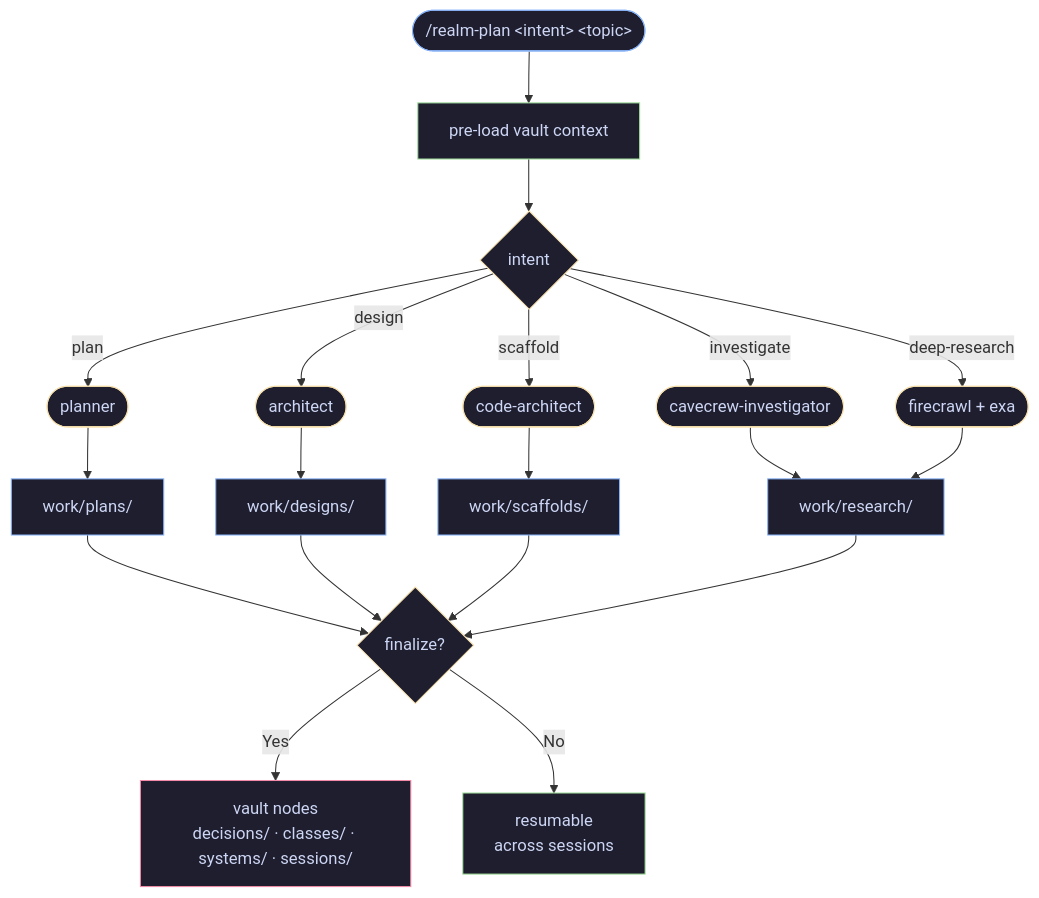
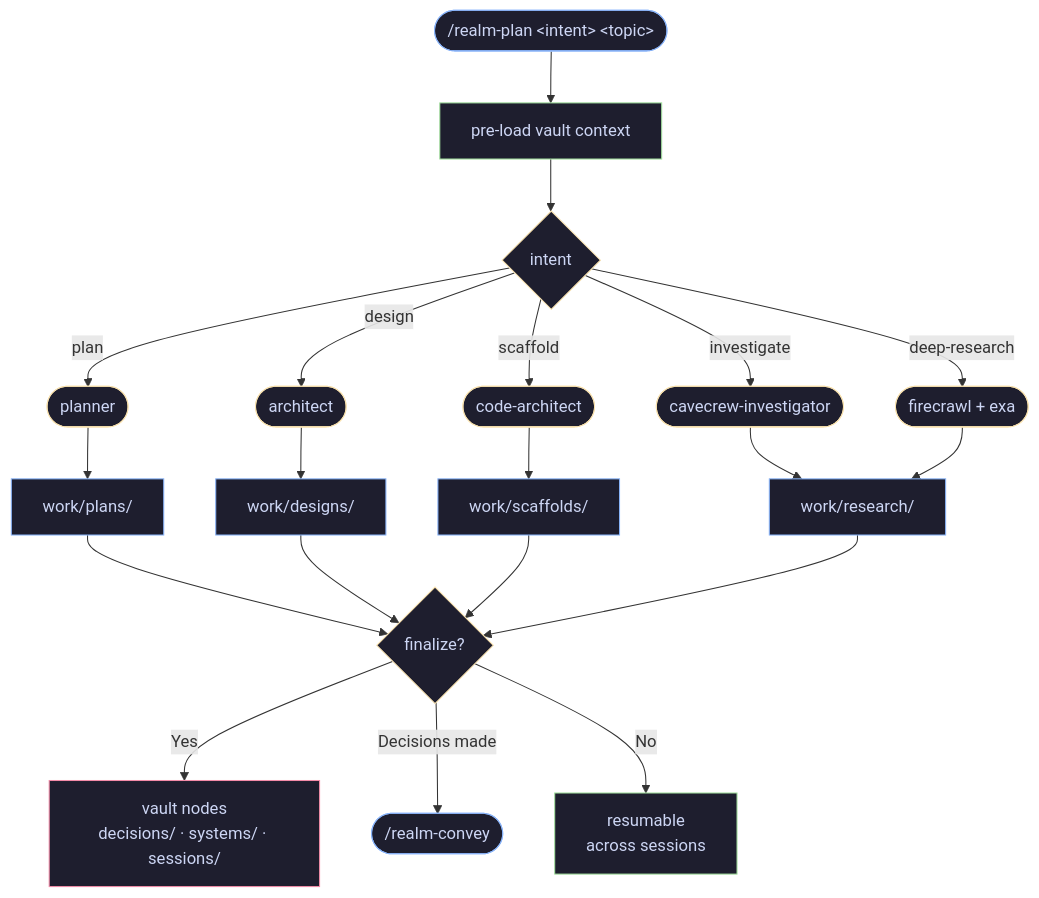
One commit to blackmo18/realm changed the third of 9 diagrams in VISUALS.md. Above: the diagram before and after it, drawn with Mermaid. The commit also changed other lines of this file and 19 other files, not shown here.

````diff
--- a/VISUALS.md
+++ b/VISUALS.md
@@ -86,29 +76,30 @@
 ```mermaid
 flowchart TD
     PL(["/realm-plan &lt;intent&gt; &lt;topic&gt;"]):::cmd --> VC["pre-load vault context"]:::file
     VC --> IR{intent}:::choice
 
     IR -->|plan| AG1(["planner"]):::agent
     IR -->|design| AG2(["architect"]):::agent
     IR -->|scaffold| AG3(["code-architect"]):::agent
     IR -->|investigate| AG4(["cavecrew-investigator"]):::agent
     IR -->|deep-research| AG5(["firecrawl + exa"]):::agent
 
     AG1 --> WP["work/plans/"]:::dir
     AG2 --> WD["work/designs/"]:::dir
     AG3 --> WS["work/scaffolds/"]:::dir
     AG4 --> WR["work/research/"]:::dir
     AG5 --> WR
 
     WP & WD & WS & WR --> FIN{finalize?}:::choice
-    FIN -->|Yes| VN["vault nodes\ndecisions/ · classes/ · systems/ · sessions/"]:::vault
+    FIN -->|Yes| VN["vault nodes\ndecisions/ · systems/ · sessions/"]:::vault
+    FIN -->|Decisions made| CV(["/realm-convey"]):::cmd
     FIN -->|No| RS["resumable\nacross sessions"]:::ok
 
     classDef cmd    fill:#1e1e2e,stroke:#89b4fa,color:#cdd6f4
     classDef file   fill:#1e1e2e,stroke:#a6e3a1,color:#cdd6f4
     classDef dir    fill:#1e1e2e,stroke:#89b4fa,color:#cdd6f4
     classDef choice fill:#1e1e2e,stroke:#f9e2af,color:#cdd6f4
     classDef agent  fill:#1e1e2e,stroke:#f9e2af,color:#cdd6f4
     classDef vault  fill:#1e1e2e,stroke:#f38ba8,color:#cdd6f4
     classDef ok     fill:#1e1e2e,stroke:#a6e3a1,color:#cdd6f4
 ```
````
